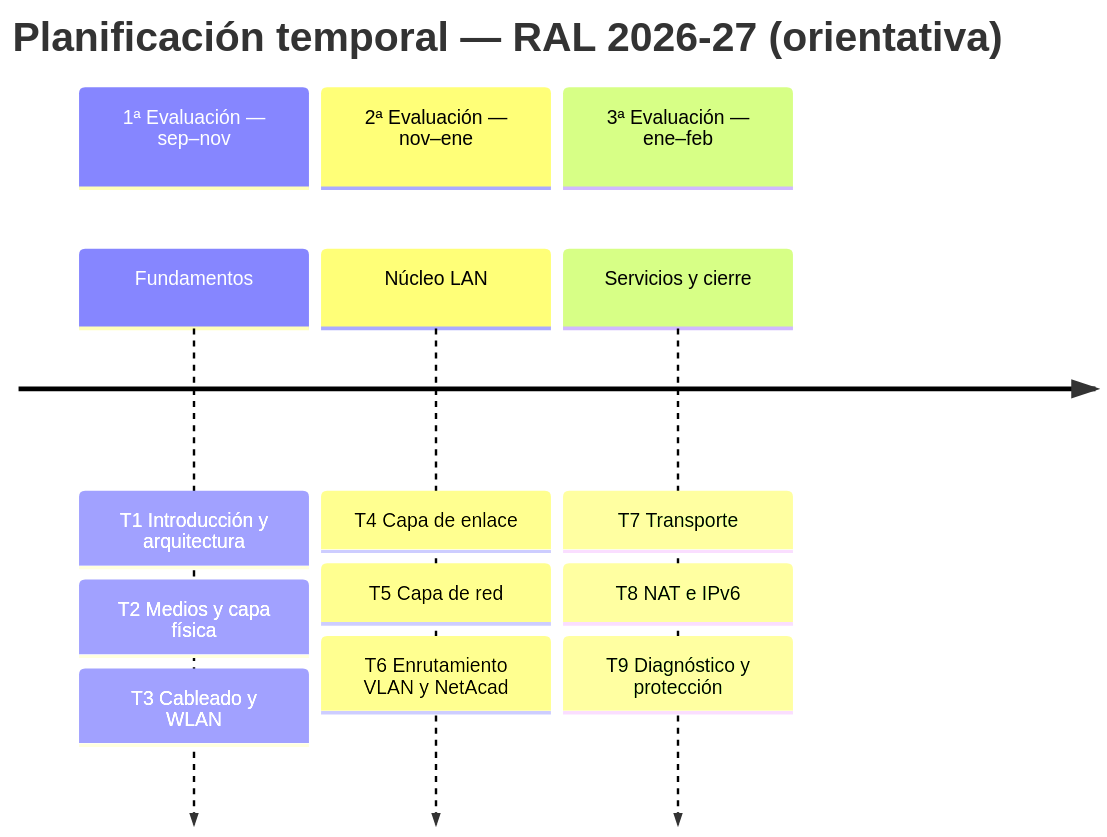
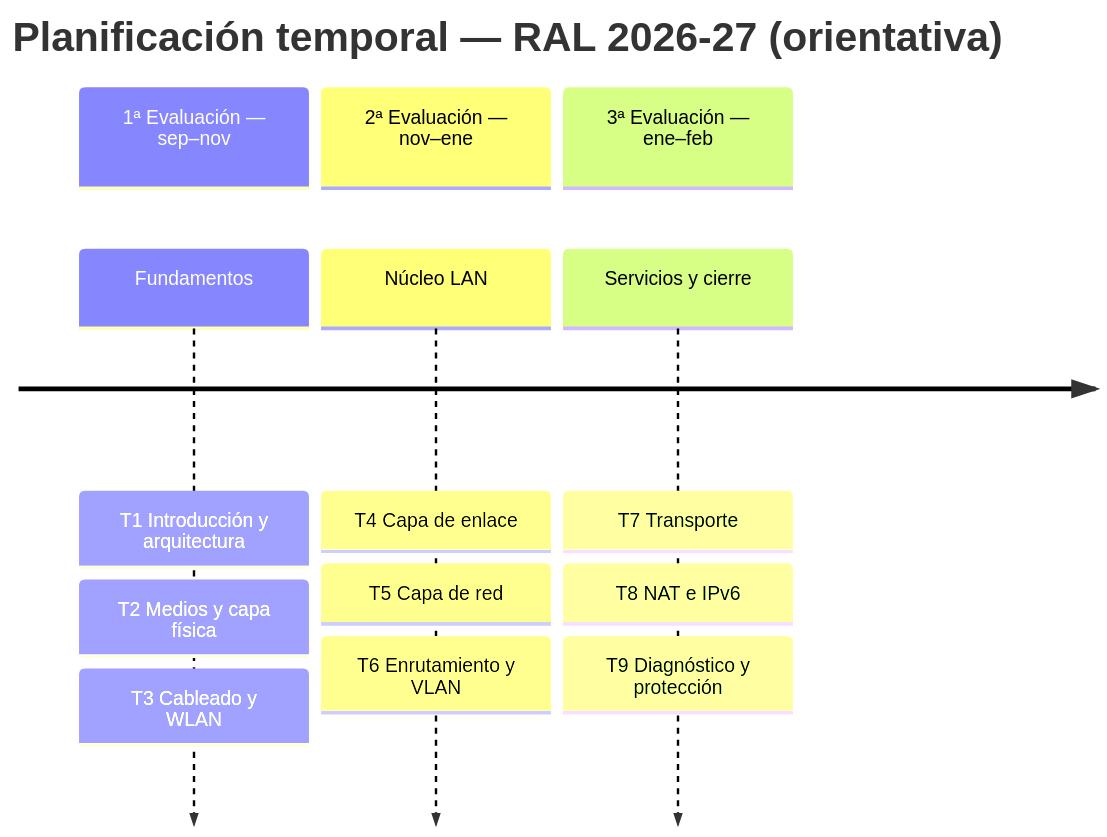
One commit to fjavier-hernandez/ral changed the first of 3 diagrams in docs/index.md. Above: the diagram before and after it, drawn with Mermaid. The commit also changed other lines of this file and 11 other files, not shown here.

````diff
--- a/docs/index.md
+++ b/docs/index.md
@@ -85,10 +85,10 @@
 ``` mermaid
 timeline
     title Planificación temporal — RAL 2026-27 (orientativa)
     section 1ª Evaluación — sep–nov
         Fundamentos : T1 Introducción y arquitectura : T2 Medios y capa física : T3 Cableado y WLAN
     section 2ª Evaluación — nov–ene
-        Núcleo LAN : T4 Capa de enlace : T5 Capa de red : T6 Enrutamiento VLAN y NetAcad
+        Núcleo LAN : T4 Capa de enlace : T5 Capa de red : T6 Enrutamiento y VLAN
     section 3ª Evaluación — ene–feb
         Servicios y cierre : T7 Transporte : T8 NAT e IPv6 : T9 Diagnóstico y protección
 ```
````
